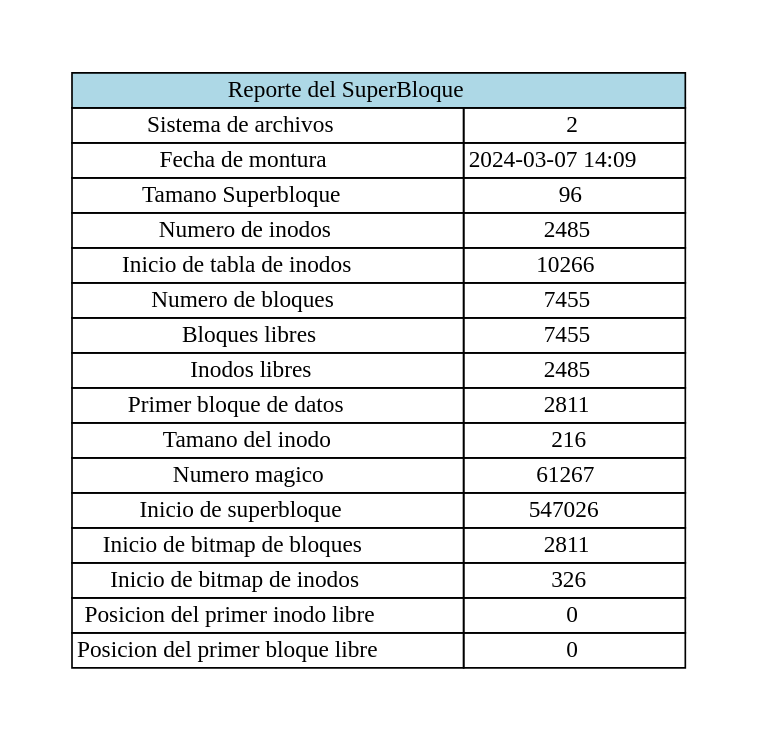
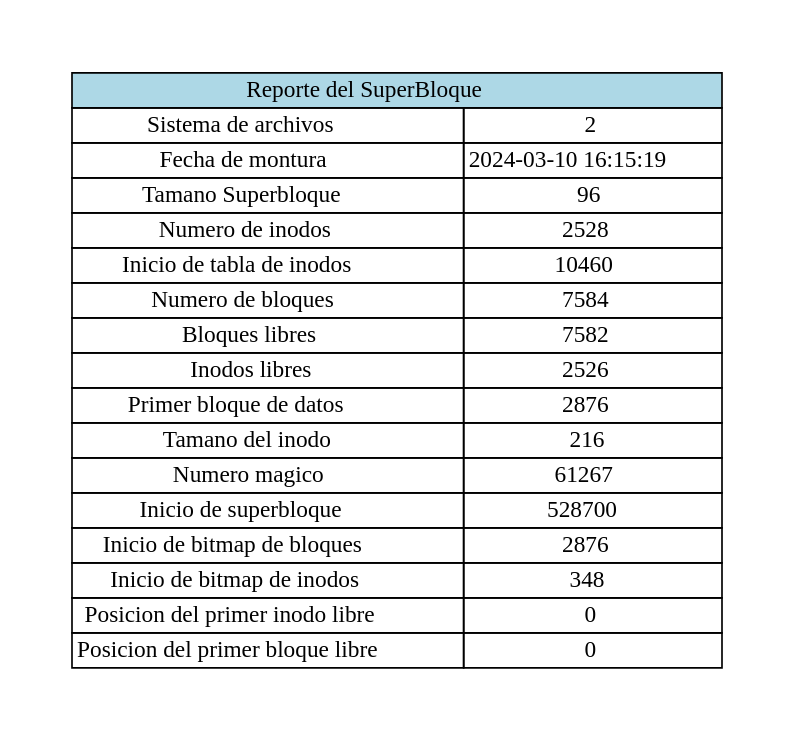
Before and after one commit to Ssolares0/MIA_P1_202004822: the diagram in Reportes/ReporteSuperBloque.dot, drawn with Graphviz. The commit also changed 16 other files, not shown here.

Commit message:
haciendo modificaciones de mkfs y reporte inodo

```diff
--- a/Reportes/ReporteSuperBloque.dot
+++ b/Reportes/ReporteSuperBloque.dot
@@ -1,1 +1,1 @@
-digraph { graph [pad="0.5", nodesep="0.5", ranksep="2", splines="ortho"];node [shape=plain]rankdir=LR;Foo [label=<<table border="0" cellborder="1" cellspacing="0"><tr><td colspan="2" bgcolor="lightblue">Reporte del SuperBloque</td></tr><tr><td>Sistema de archivos</td><td>2</td></tr><tr><td>Fecha de montura</td><td>2024-03-07 14:09</td></tr><tr><td>Tamano Superbloque</td><td>96</td></tr><tr><td>Numero de inodos</td><td>2485</td></tr><tr><td>Inicio de tabla de inodos</td><td>10266</td></tr><tr><td>Numero de bloques</td><td>7455</td></tr><tr><td>Bloques libres</td><td>7455</td></tr><tr><td>Inodos libres</td><td>2485</td></tr><tr><td>Primer bloque de datos</td><td>2811</td></tr><tr><td>Tamano del inodo</td><td>216</td></tr><tr><td>Numero magico</td><td>61267</td></tr><tr><td>Inicio de superbloque</td><td>547026</td></tr><tr><td>Inicio de bitmap de bloques</td><td>2811</td></tr><tr><td>Inicio de bitmap de inodos</td><td>326</td></tr><tr><td>Posicion del primer inodo libre</td><td>0</td></tr><tr><td>Posicion del primer bloque libre</td><td>0</td></tr></table>>];}
+digraph { graph [pad="0.5", nodesep="0.5", ranksep="2", splines="ortho"];node [shape=plain]rankdir=LR;Foo [label=<<table border="0" cellborder="1" cellspacing="0"><tr><td colspan="2" bgcolor="lightblue">Reporte del SuperBloque</td></tr><tr><td>Sistema de archivos</td><td>2</td></tr><tr><td>Fecha de montura</td><td>2024-03-10 16:15:19</td></tr><tr><td>Tamano Superbloque</td><td>96</td></tr><tr><td>Numero de inodos</td><td>2528</td></tr><tr><td>Inicio de tabla de inodos</td><td>10460</td></tr><tr><td>Numero de bloques</td><td>7584</td></tr><tr><td>Bloques libres</td><td>7582</td></tr><tr><td>Inodos libres</td><td>2526</td></tr><tr><td>Primer bloque de datos</td><td>2876</td></tr><tr><td>Tamano del inodo</td><td>216</td></tr><tr><td>Numero magico</td><td>61267</td></tr><tr><td>Inicio de superbloque</td><td>528700</td></tr><tr><td>Inicio de bitmap de bloques</td><td>2876</td></tr><tr><td>Inicio de bitmap de inodos</td><td>348</td></tr><tr><td>Posicion del primer inodo libre</td><td>0</td></tr><tr><td>Posicion del primer bloque libre</td><td>0</td></tr></table>>];}
```
